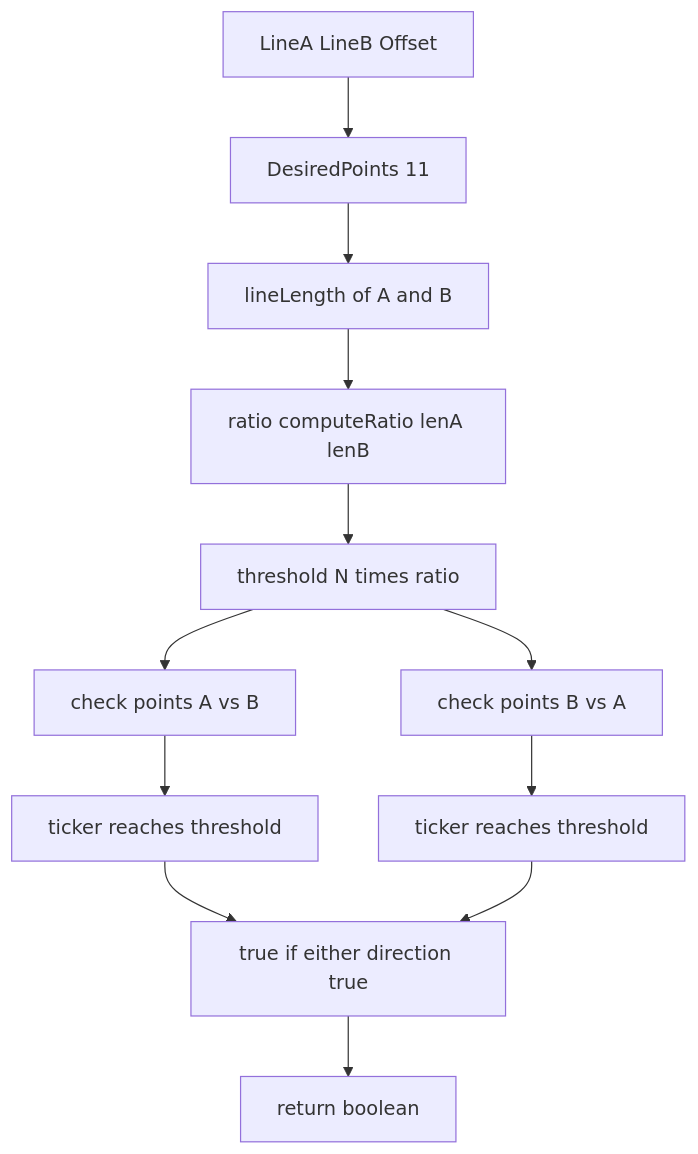
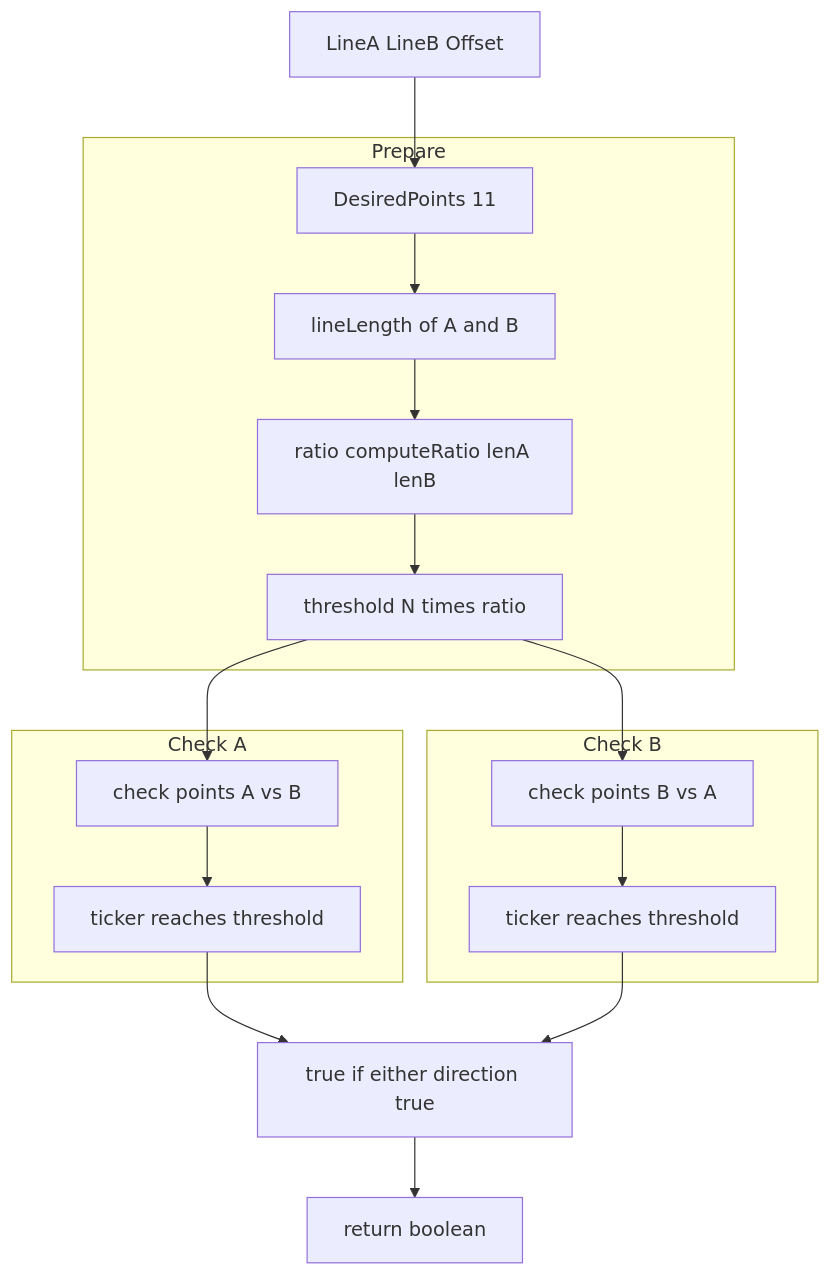
Before and after one commit to Gh0st352/AETHR: the third of 4 diagrams in docs/poly/distance_projection_and_offset.md, drawn with Mermaid. The commit also changed other lines of this file and 9 other files, not shown here.

First line of the commit message:
docs(poly): improve README headings and mermaid diagrams

````diff
--- a/docs/poly/distance_projection_and_offset.md
+++ b/docs/poly/distance_projection_and_offset.md
@@ -45,14 +74,35 @@
 ```mermaid
+%% shared theme: docs/_mermaid/theme.json %%
 flowchart TD
   IN[LineA LineB Offset] --> N[DesiredPoints 11]
   N --> LEN[lineLength of A and B]
   LEN --> R[ratio computeRatio lenA lenB]
   R --> TH[threshold N times ratio]
   TH --> CHECKA[check points A vs B]
   TH --> CHECKB[check points B vs A]
   CHECKA --> RESA[ticker reaches threshold]
   CHECKB --> RESB[ticker reaches threshold]
   RESA --> ANY[true if either direction true]
   RESB --> ANY
   ANY --> OUT[return boolean]
+
+  subgraph "Prepare"
+    N
+    LEN
+    R
+    TH
+  end
+  subgraph "Check A"
+    CHECKA
+    RESA
+  end
+  subgraph "Check B"
+    CHECKB
+    RESB
+  end
+
+  class IN class_io;
+  class N,LEN,R,TH,CHECKA,CHECKB class_step;
+  class RESA,RESB class_decision;
+  class ANY,OUT class_result;
 ```
````
